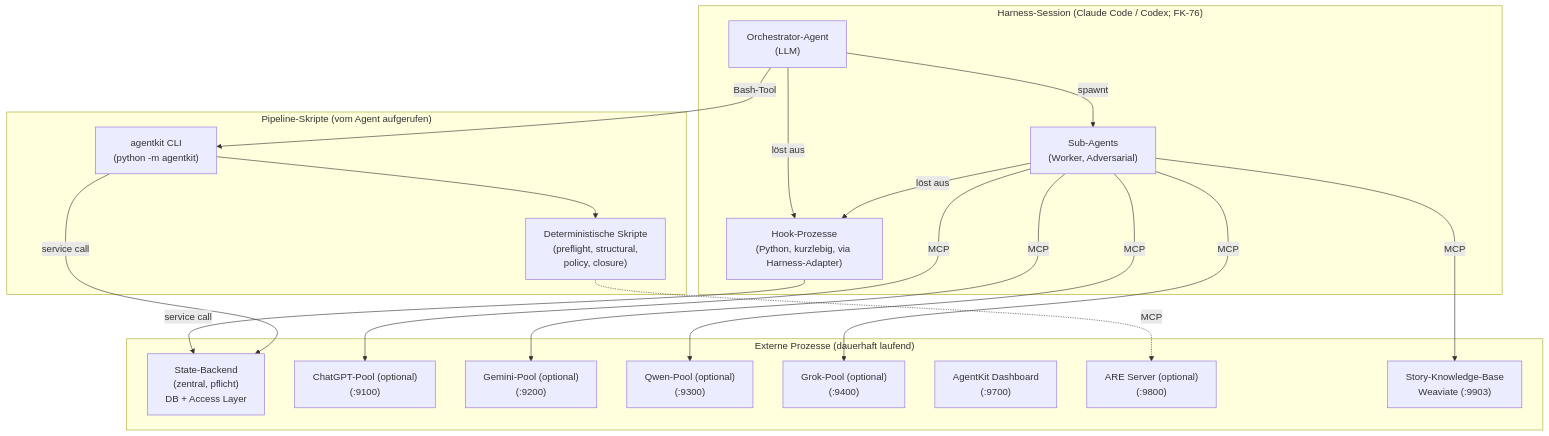
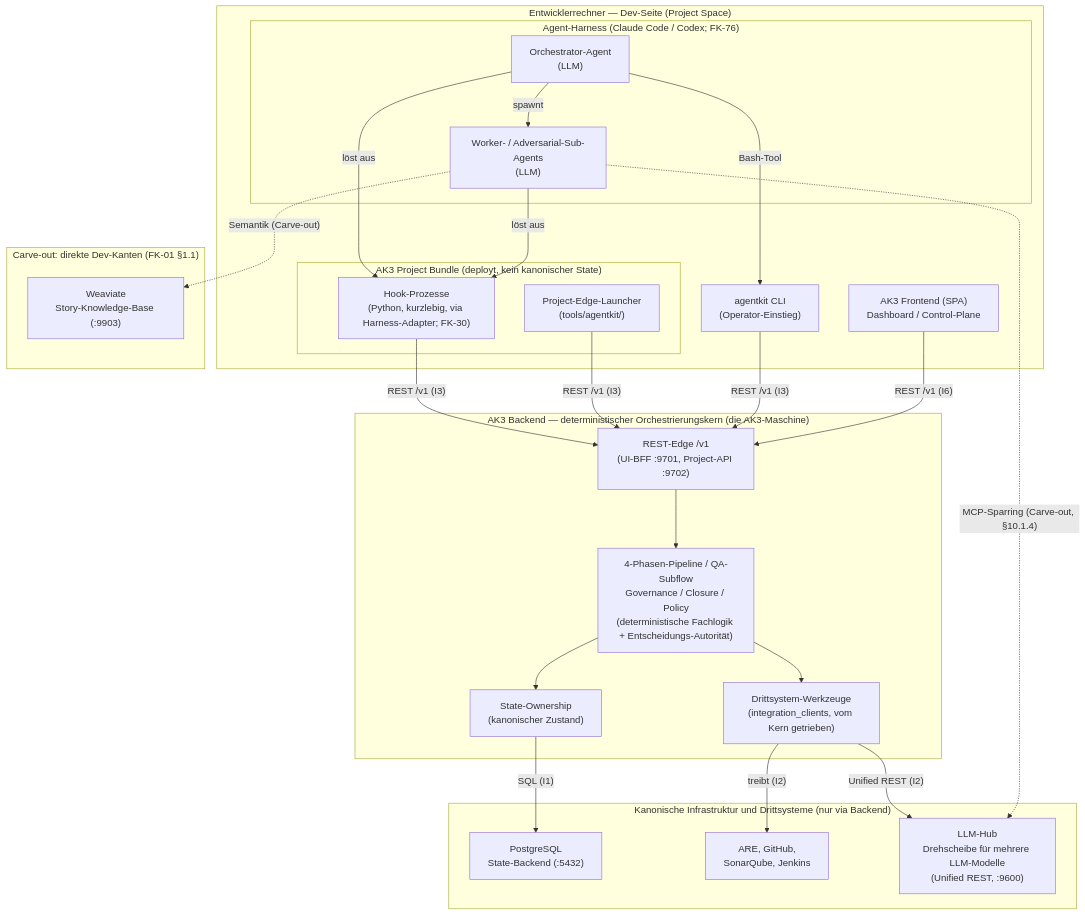
One commit to saltenhof/claude-agentkit3 changed the first of 3 diagrams in concept/technical-design/10_runtime_deployment_speicher.md. Above: the diagram before and after it, drawn with Mermaid. The commit also changed other lines of this file and 6 other files, not shown here.

````diff
--- a/concept/technical-design/10_runtime_deployment_speicher.md
+++ b/concept/technical-design/10_runtime_deployment_speicher.md
@@ -60,39 +118,52 @@
 ```mermaid
 graph TB
-    subgraph SESSION["Harness-Session (Claude Code / Codex; FK-76)"]
-        ORCH["Orchestrator-Agent<br/>(LLM)"]
-        HOOKS["Hook-Prozesse<br/>(Python, kurzlebig, via Harness-Adapter)"]
-        SUBAGENTS["Sub-Agents<br/>(Worker, Adversarial)"]
-
-        ORCH -->|"spawnt"| SUBAGENTS
-        ORCH -->|"löst aus"| HOOKS
-        SUBAGENTS -->|"löst aus"| HOOKS
+    subgraph DEV["Entwicklerrechner — Dev-Seite (Project Space)"]
+        subgraph BUNDLE["AK3 Project Bundle (deployt, kein kanonischer State)"]
+            HOOKS["Hook-Prozesse<br/>(Python, kurzlebig, via Harness-Adapter; FK-30)"]
+            EDGE["Project-Edge-Launcher<br/>(tools/agentkit/)"]
+        end
+        subgraph HARNESS["Agent-Harness (Claude Code / Codex; FK-76)"]
+            ORCH["Orchestrator-Agent<br/>(LLM)"]
+            SUBAGENTS["Worker- / Adversarial-Sub-Agents<br/>(LLM)"]
+        end
+        CLI["agentkit CLI<br/>(Operator-Einstieg)"]
+        UI["AK3 Frontend (SPA)<br/>Dashboard / Control-Plane"]
     end
 
-    subgraph PIPELINE["Pipeline-Skripte (vom Agent aufgerufen)"]
-        CLI["agentkit CLI<br/>(python -m agentkit)"]
-        SCRIPTS["Deterministische Skripte<br/>(preflight, structural,<br/>policy, closure)"]
+    subgraph CENTRAL["AK3 Backend — deterministischer Orchestrierungskern (die AK3-Maschine)"]
+        CORE["4-Phasen-Pipeline / QA-Subflow<br/>Governance / Closure / Policy<br/>(deterministische Fachlogik + Entscheidungs-Autorität)"]
+        STATEOWN["State-Ownership<br/>(kanonischer Zustand)"]
+        ADAPT["Drittsystem-Werkzeuge<br/>(integration_clients, vom Kern getrieben)"]
+        REST["REST-Edge /v1<br/>(UI-BFF :9701, Project-API :9702)"]
+        REST --> CORE
+        CORE --> STATEOWN
+        CORE --> ADAPT
     end
 
-    subgraph EXTERN["Externe Prozesse (dauerhaft laufend)"]
-        STATE["State-Backend<br/>(zentral, pflicht)<br/>DB + Access Layer"]
-        POOL_C["ChatGPT-Pool (optional)<br/>(:9100)"]
-        POOL_G["Gemini-Pool (optional)<br/>(:9200)"]
-        POOL_Q["Qwen-Pool (optional)<br/>(:9300)"]
-        POOL_X["Grok-Pool (optional)<br/>(:9400)"]
-        DASHBOARD["AgentKit Dashboard<br/>(:9700)"]
-        ARE_EXT["ARE Server (optional)<br/>(:9800)"]
-        WEAVIATE["Story-Knowledge-Base<br/>Weaviate (:9903)"]
+    subgraph INFRA["Kanonische Infrastruktur und Drittsysteme (nur via Backend)"]
+        PG["PostgreSQL<br/>State-Backend (:5432)"]
+        TP["ARE, GitHub,<br/>SonarQube, Jenkins"]
+        HUB["LLM-Hub<br/>Drehscheibe für mehrere LLM-Modelle<br/>(Unified REST, :9600)"]
     end
 
+    subgraph DIRECT["Carve-out: direkte Dev-Kanten (FK-01 §1.1)"]
+        WEAVIATE["Weaviate<br/>Story-Knowledge-Base (:9903)"]
+    end
+
+    ORCH -->|"spawnt"| SUBAGENTS
+    ORCH -->|"löst aus"| HOOKS
+    SUBAGENTS -->|"löst aus"| HOOKS
     ORCH -->|"Bash-Tool"| CLI
-    CLI --> SCRIPTS
-    HOOKS -->|"service call"| STATE
-    CLI -->|"service call"| STATE
-    SUBAGENTS -->|"MCP"| POOL_C
-    SUBAGENTS -->|"MCP"| POOL_G
-    SUBAGENTS -->|"MCP"| POOL_Q
-    SUBAGENTS -->|"MCP"| POOL_X
-    SUBAGENTS -->|"MCP"| WEAVIATE
-    SCRIPTS -.->|"MCP"| ARE_EXT
+
+    HOOKS -->|"REST /v1 (I3)"| REST
+    EDGE -->|"REST /v1 (I3)"| REST
+    CLI -->|"REST /v1 (I3)"| REST
+    UI -->|"REST /v1 (I6)"| REST
+
+    STATEOWN -->|"SQL (I1)"| PG
+    ADAPT -->|"treibt (I2)"| TP
+    ADAPT -->|"Unified REST (I2)"| HUB
+
+    SUBAGENTS -.->|"Semantik (Carve-out)"| WEAVIATE
+    SUBAGENTS -.->|"MCP-Sparring (Carve-out, §10.1.4)"| HUB
 ```
````
